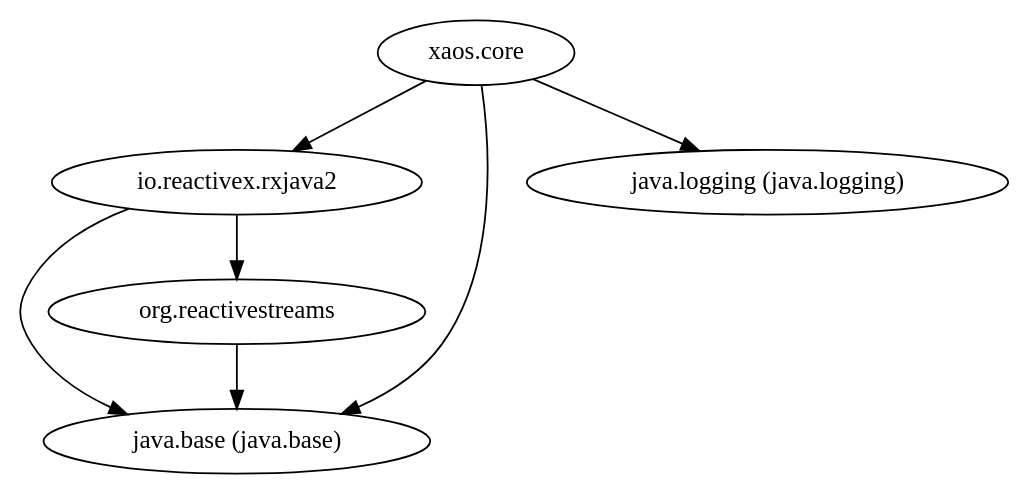
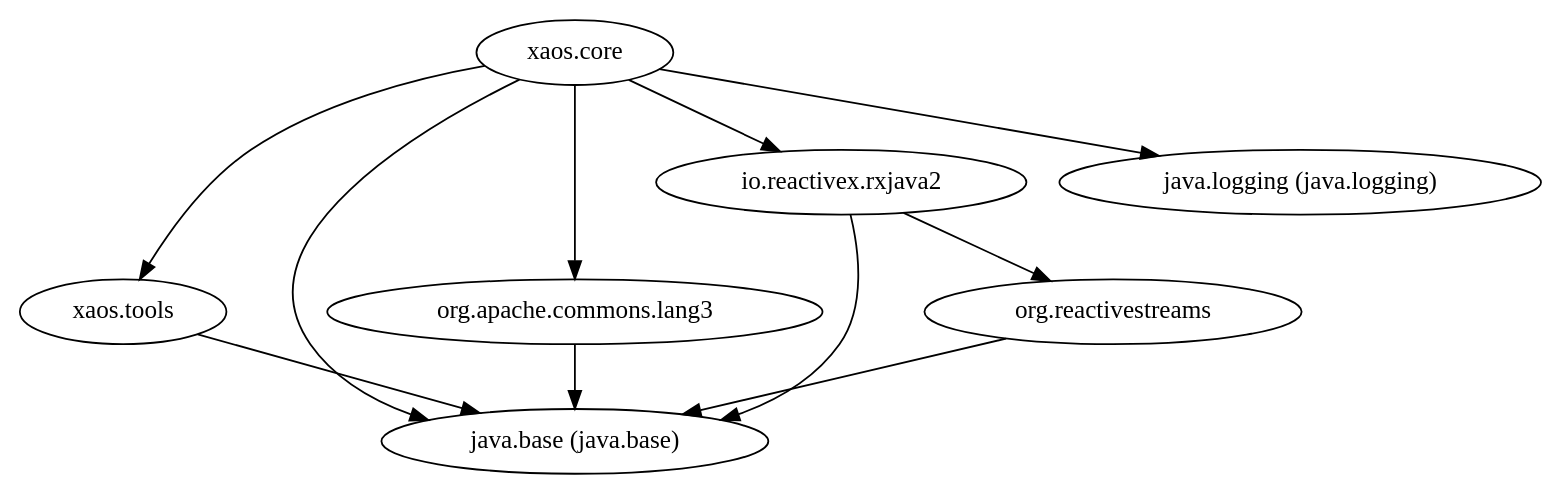
The diagram in xaos.core.module/doc/module-dependencies.dot (ESSICS/XAOS), drawn with Graphviz before and after one commit. The commit also changed 61 other files, not shown here.

```diff
--- a/xaos.core.module/doc/module-dependencies.dot
+++ b/xaos.core.module/doc/module-dependencies.dot
@@ -1,8 +1,12 @@
 digraph "summary" {
+  "xaos.tools"                                       -> "java.base (java.base)";
+  "org.apache.commons.lang3"                         -> "java.base (java.base)";
   "xaos.core"                                        -> "io.reactivex.rxjava2";
   "xaos.core"                                        -> "java.base (java.base)";
   "xaos.core"                                        -> "java.logging (java.logging)";
+  "xaos.core"                                        -> "org.apache.commons.lang3";
+  "xaos.core"                                        -> "xaos.tools";
   "org.reactivestreams"                              -> "java.base (java.base)";
   "io.reactivex.rxjava2"                             -> "java.base (java.base)";
   "io.reactivex.rxjava2"                             -> "org.reactivestreams";
 }
```
